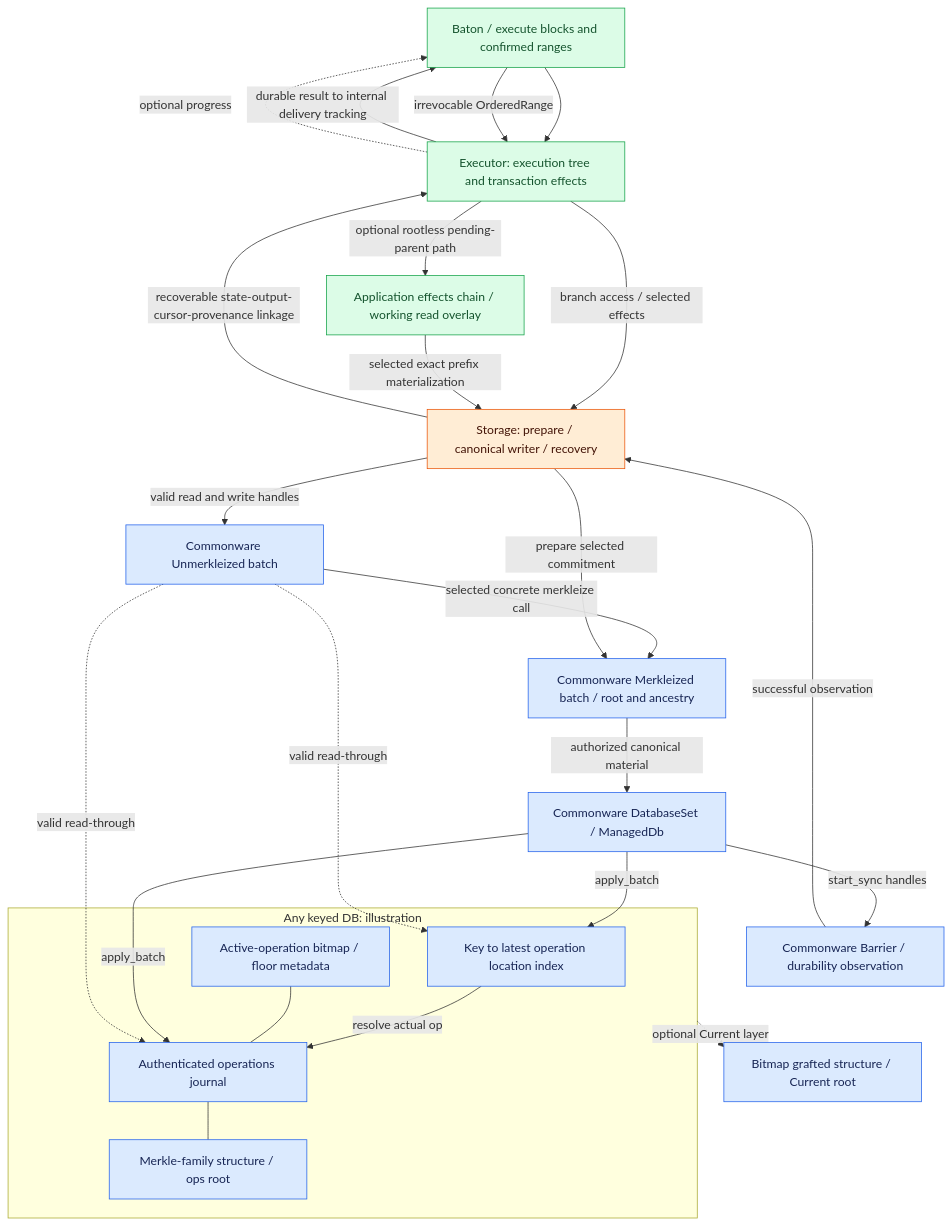
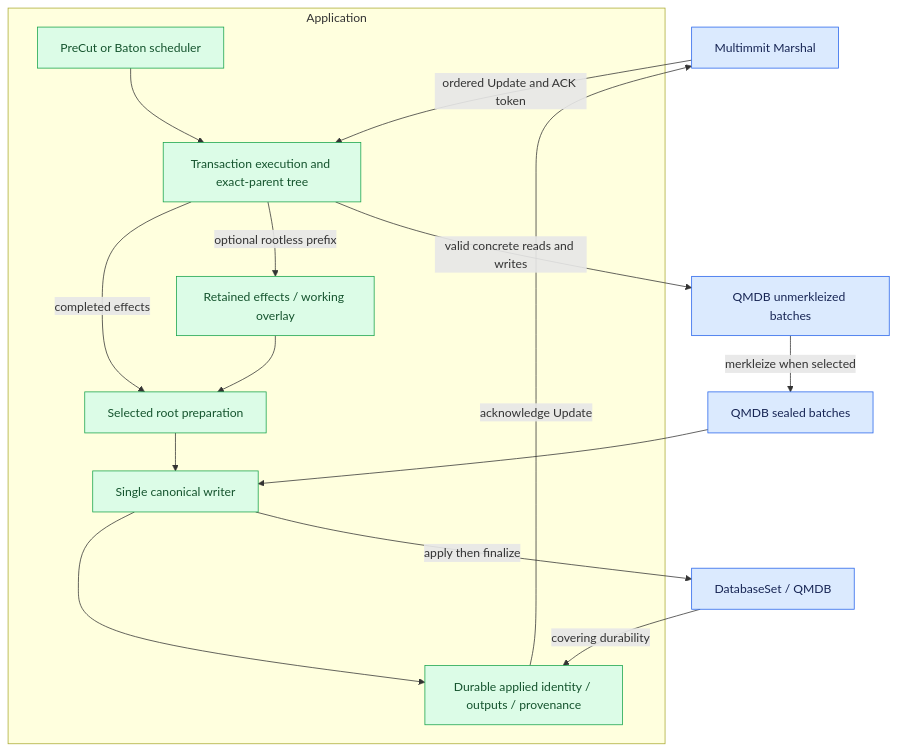
One commit to djm07073/baton-research changed the first of 2 diagrams in docs/execution/qmdb.md. Above: the diagram before and after it, drawn with Mermaid. The commit also changed other lines of this file and 292 other files, not shown here.

````diff
--- a/docs/execution/qmdb.md
+++ b/docs/execution/qmdb.md
@@ -19,37 +13,22 @@
 ```mermaid
 flowchart TB
-    B[Baton / execute blocks and confirmed ranges] --> E[Executor: execution tree and transaction effects]
-    B -->|irrevocable OrderedRange| E
-    E -->|branch access / selected effects| S[Storage: prepare / canonical writer / recovery]
-    S -->|valid read and write handles| U[Commonware Unmerkleized batch]
-    E -->|optional rootless pending-parent path| O[Application effects chain / working read overlay]
-    O -->|selected exact prefix materialization| S
-    U -->|selected concrete merkleize call| K[Commonware Merkleized batch / root and ancestry]
-    S -->|prepare selected commitment| K
-    K -->|authorized canonical material| D[Commonware DatabaseSet / ManagedDb]
-    subgraph Q[Any keyed DB: illustration]
-        I[Key to latest operation location index]
-        L[Authenticated operations journal]
-        M[Merkle-family structure / ops root]
-        A[Active-operation bitmap / floor metadata]
-        I -->|resolve actual op| L
-        L --- M
-        A --- L
+    M[Multimmit Marshal] -->|ordered Update and ACK token| E
+    subgraph A[Application]
+        Q[PreCut or Baton scheduler] --> E[Transaction execution and exact-parent tree]
+        E -->|completed effects| P[Selected root preparation]
+        P --> W[Single canonical writer]
+        E -->|optional rootless prefix| O[Retained effects / working overlay]
+        O --> P
+        W --> D[Durable applied identity / outputs / provenance]
     end
-    D -->|apply_batch| I
-    D -->|apply_batch| L
-    U -. valid read-through .-> I
-    U -. valid read-through .-> L
-    Q -. optional Current layer .-> C[Bitmap grafted structure / Current root]
-    D -->|start_sync handles| F[Commonware Barrier / durability observation]
-    F -->|successful observation| S
-    S -->|recoverable state-output-cursor-provenance linkage| E
-    E -->|durable result to internal delivery tracking| B
-    E -. optional progress .-> B
+    E -->|valid concrete reads and writes| U[QMDB unmerkleized batches]
+    U -->|merkleize when selected| K[QMDB sealed batches]
+    K --> W
+    W -->|apply then finalize| B[DatabaseSet / QMDB]
+    B -->|covering durability| D
+    D -->|acknowledge Update| M
     classDef reuse fill:#dbeafe,stroke:#2563eb,color:#172554;
-    classDef adapt fill:#ffedd5,stroke:#ea580c,color:#431407;
     classDef fresh fill:#dcfce7,stroke:#16a34a,color:#14532d;
-    class U,K,D,I,L,M,A,C,F reuse;
-    class S adapt;
-    class B,E,O fresh;
+    class M,U,K,B reuse;
+    class Q,E,P,W,D,O fresh;
 ```
````
